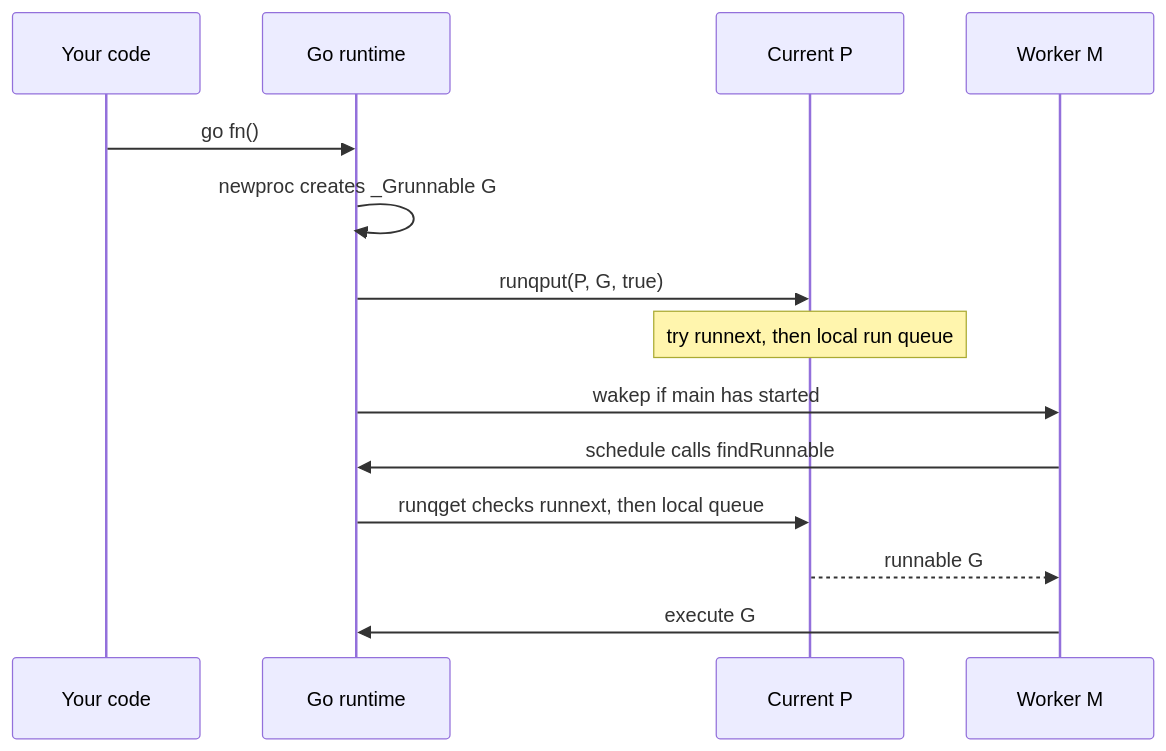
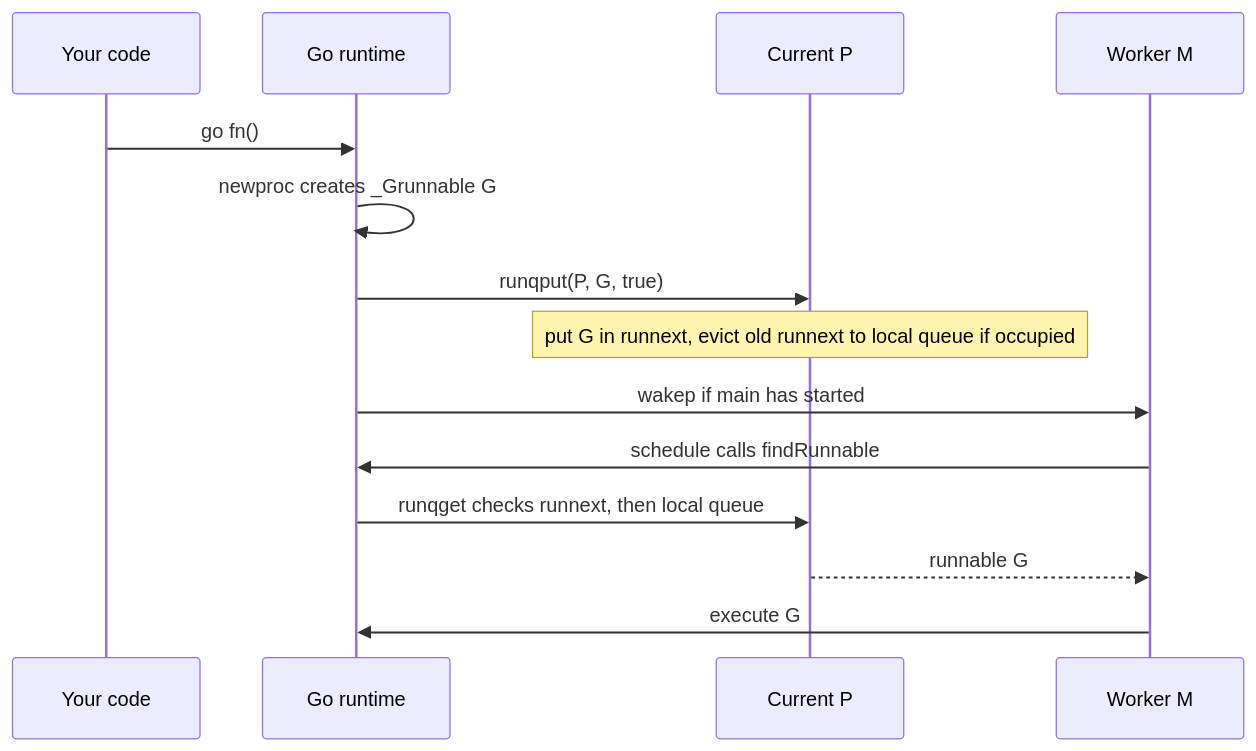
The second of 6 diagrams in src/content/blog/2026-06-14-understanding-go-scheduler-gmp.md (nvkhuy/nvkhuy.github.io), drawn with Mermaid before and after one commit. The commit also changed other lines of this file, not shown here.

````diff
--- a/src/content/blog/2026-06-14-understanding-go-scheduler-gmp.md
+++ b/src/content/blog/2026-06-14-understanding-go-scheduler-gmp.md
@@ -94,17 +94,17 @@
 ```mermaid
 sequenceDiagram
     participant App as Your code
     participant Runtime as Go runtime
     participant P as Current P
     participant M as Worker M
 
     App->>Runtime: go fn()
     Runtime->>Runtime: newproc creates _Grunnable G
     Runtime->>P: runqput(P, G, true)
-    Note over P: try runnext, then local run queue
+    Note over P: put G in runnext, evict old runnext to local queue if occupied
     Runtime->>M: wakep if main has started
     M->>Runtime: schedule calls findRunnable
     Runtime->>P: runqget checks runnext, then local queue
     P-->>M: runnable G
     M->>Runtime: execute G
 ```
````
